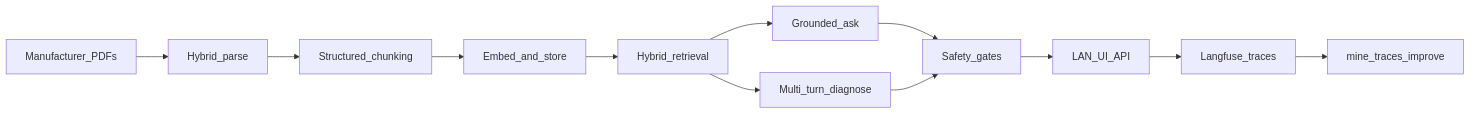
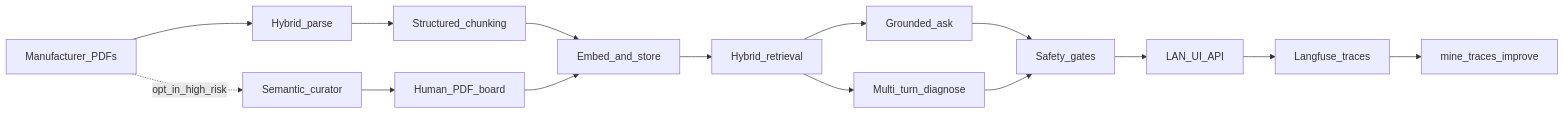
The diagram in README.md (raghuram-chittibomma/ai-repair-assistant), drawn with Mermaid before and after one commit. The commit also changed other lines of this file and 17 other files, not shown here.

Commit message:
Document semantic curator end-to-end: architecture diagram, README benefits, and corpus UI screenshots.

````diff
--- a/README.md
+++ b/README.md
@@ -38,14 +39,17 @@
 ```mermaid
 flowchart LR
   docs[Manufacturer_PDFs] --> parse[Hybrid_parse]
   parse --> chunk[Structured_chunking]
   chunk --> ingest[Embed_and_store]
   ingest --> retrieve[Hybrid_retrieval]
   retrieve --> ground[Grounded_ask]
   retrieve --> diagnose[Multi_turn_diagnose]
   ground --> safety[Safety_gates]
   diagnose --> safety
   safety --> ui[LAN_UI_API]
   ui --> traces[Langfuse_traces]
   traces --> mine[mine_traces_improve]
+  docs -.->|opt_in_high_risk| curator[Semantic_curator]
+  curator --> human[Human_PDF_board]
+  human --> ingest
 ```
````
